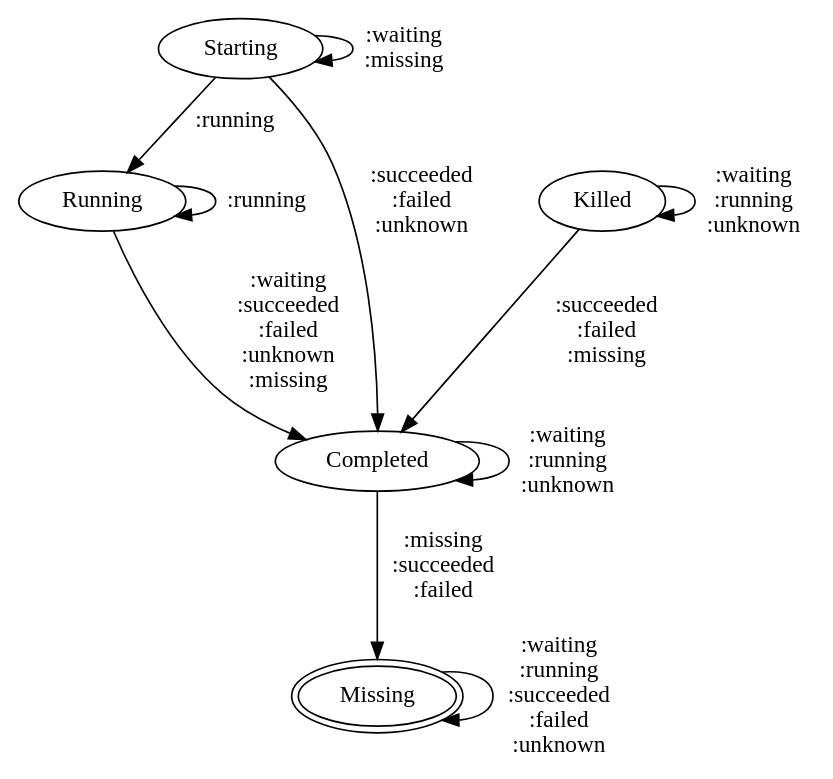
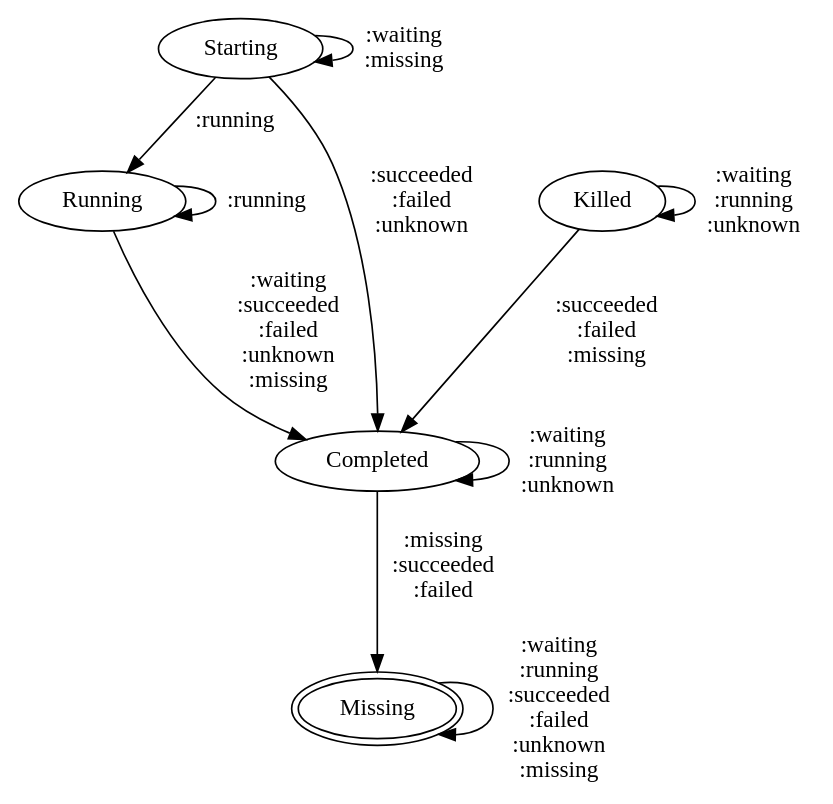
One commit to twosigma/Cook changed the diagram in scheduler/docs/kubernetes-state.dot. Above: the diagram before and after it, drawn with Graphviz. The commit also changed 1 other file, not shown here.

```diff
--- a/scheduler/docs/kubernetes-state.dot
+++ b/scheduler/docs/kubernetes-state.dot
@@ -1,21 +1,20 @@
 # A graph showing valid transitions from expected states to expected states. Edges are annotated with
 # which kubernetes staes the system may be in when it makes the transition.
 
 digraph g {
-	Starting -> Starting [label=":waiting\n:missing"]
-	Starting -> Running [label=":running"]
+        Starting -> Starting [label=":waiting\n:missing"]
+        Starting -> Running [label=":running"]
         Starting -> Completed [label=":succeeded\n:failed\n:unknown"]
 
-       
         Running -> Running [label=":running"]
         Running -> Completed [label=":waiting\n:succeeded\n:failed\n:unknown\n:missing"]
 
         Completed -> Completed [label=":waiting\n:running\n:unknown\n"]        
         Completed -> Missing [label=":missing\n:succeeded\n:failed"]        
 
         Killed -> Killed [label=":waiting\n:running\n:unknown\n"]        
         Killed -> Completed [label=":succeeded\n:failed\n:missing"]
 
-       	Missing [peripheries=2]
-        Missing -> Missing [label=":waiting\n:running\n:succeeded\n:failed\n:unknown"]
+        Missing [peripheries=2]
+        Missing -> Missing [label=":waiting\n:running\n:succeeded\n:failed\n:unknown\n:missing"]
 }
```
